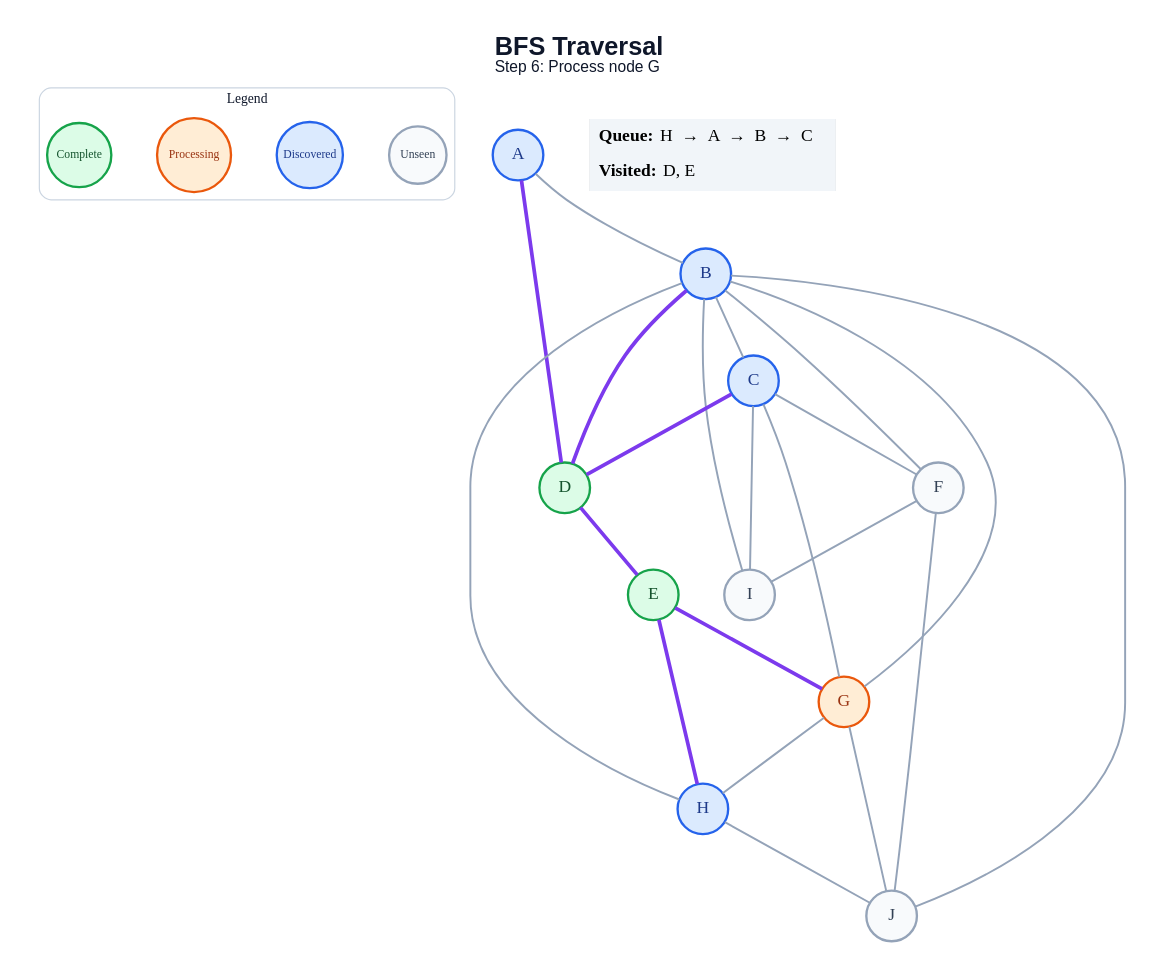
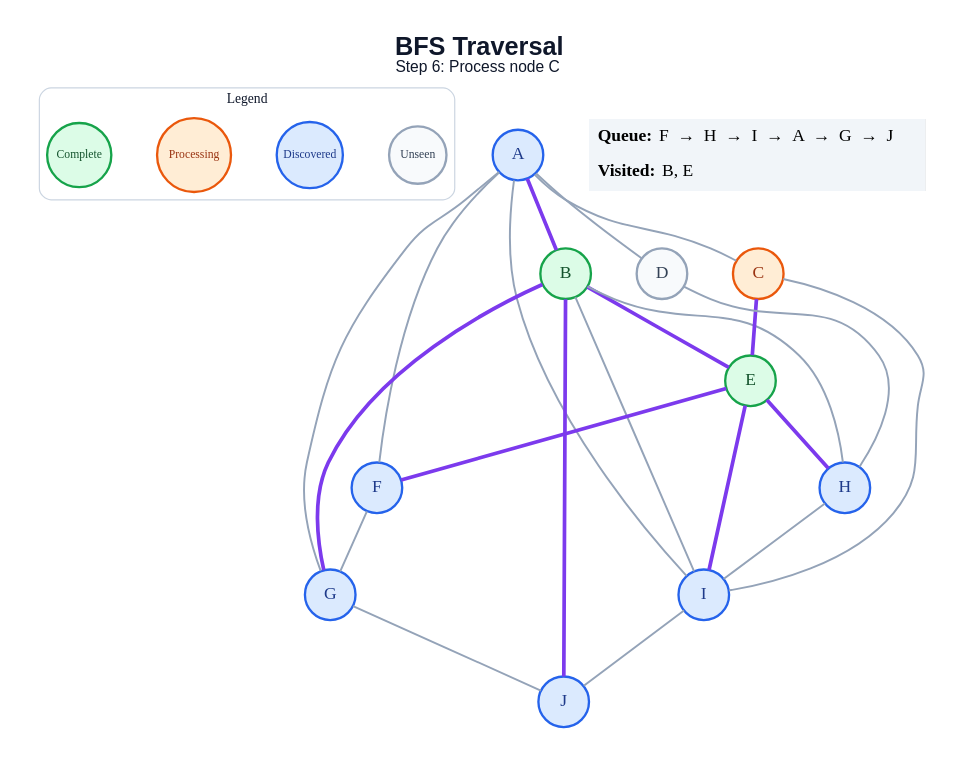
One commit to amanghodawala9/ai-slop changed the diagram in generated/specific-node/bfs/step_06.dot. Above: the diagram before and after it, drawn with Graphviz. The commit also changed 178 other files, not shown here.

```diff
--- a/generated/specific-node/bfs/step_06.dot
+++ b/generated/specific-node/bfs/step_06.dot
@@ -1,50 +1,50 @@
 graph traversal {
   graph [layout=dot, rankdir=TB, bgcolor="#FFFFFF", pad="0.35", nodesep="0.65", ranksep="0.8", fontname="Arial"];
   node [shape=circle, style="filled", fontname="Arial Bold", fontsize=18, width=0.72, fixedsize=true, penwidth=2.4];
   edge [color="#94A3B8", penwidth=2.0];
-  label=<<B>BFS Traversal</B><BR/><FONT POINT-SIZE="16">Step 6: Process node G</FONT>>; labelloc="t"; fontsize=26; fontname="Arial"; fontcolor="#0F172A";
+  label=<<B>BFS Traversal</B><BR/><FONT POINT-SIZE="16">Step 6: Process node C</FONT>>; labelloc="t"; fontsize=26; fontname="Arial"; fontcolor="#0F172A";
   subgraph cluster_legend { label="Legend"; color="#CBD5E1"; penwidth=1.2; style="rounded"; fontsize=14; fontname="Arial Bold";
     key_unseen [label="Unseen", fillcolor="#F8FAFC", color="#94A3B8", fontcolor="#334155", fontsize=12, width=0.82];
     key_frontier [label="Discovered", fillcolor="#DBEAFE", color="#2563EB", fontcolor="#1E3A8A", fontsize=12, width=0.95];
     key_current [label="Processing", fillcolor="#FFEDD5", color="#EA580C", fontcolor="#9A3412", fontsize=12, width=1.05];
     key_done [label="Complete", fillcolor="#DCFCE7", color="#16A34A", fontcolor="#14532D", fontsize=12, width=0.92];
     { rank=same; key_unseen; key_frontier; key_current; key_done; }
   }
   A [fillcolor="#DBEAFE", color="#2563EB", fontcolor="#1E3A8A"];
-  B [fillcolor="#DBEAFE", color="#2563EB", fontcolor="#1E3A8A"];
-  C [fillcolor="#DBEAFE", color="#2563EB", fontcolor="#1E3A8A"];
-  D [fillcolor="#DCFCE7", color="#16A34A", fontcolor="#14532D"];
+  B [fillcolor="#DCFCE7", color="#16A34A", fontcolor="#14532D"];
+  C [fillcolor="#FFEDD5", color="#EA580C", fontcolor="#9A3412"];
+  D [fillcolor="#F8FAFC", color="#94A3B8", fontcolor="#334155"];
   E [fillcolor="#DCFCE7", color="#16A34A", fontcolor="#14532D"];
-  F [fillcolor="#F8FAFC", color="#94A3B8", fontcolor="#334155"];
-  G [fillcolor="#FFEDD5", color="#EA580C", fontcolor="#9A3412"];
+  F [fillcolor="#DBEAFE", color="#2563EB", fontcolor="#1E3A8A"];
+  G [fillcolor="#DBEAFE", color="#2563EB", fontcolor="#1E3A8A"];
   H [fillcolor="#DBEAFE", color="#2563EB", fontcolor="#1E3A8A"];
-  I [fillcolor="#F8FAFC", color="#94A3B8", fontcolor="#334155"];
-  J [fillcolor="#F8FAFC", color="#94A3B8", fontcolor="#334155"];
-  A -- B;
-  A -- D [color="#7C3AED", penwidth=3.8];
-  B -- C;
-  B -- D [color="#7C3AED", penwidth=3.8];
-  B -- F;
-  B -- G;
+  I [fillcolor="#DBEAFE", color="#2563EB", fontcolor="#1E3A8A"];
+  J [fillcolor="#DBEAFE", color="#2563EB", fontcolor="#1E3A8A"];
+  A -- B [color="#7C3AED", penwidth=3.8];
+  A -- C;
+  A -- D;
+  A -- F;
+  A -- G;
+  A -- I;
+  B -- E [color="#7C3AED", penwidth=3.8];
+  B -- G [color="#7C3AED", penwidth=3.8];
   B -- H;
   B -- I;
-  B -- J;
-  C -- D [color="#7C3AED", penwidth=3.8];
-  C -- F;
-  C -- G;
+  B -- J [color="#7C3AED", penwidth=3.8];
+  C -- E [color="#7C3AED", penwidth=3.8];
   C -- I;
-  D -- E [color="#7C3AED", penwidth=3.8];
-  E -- G [color="#7C3AED", penwidth=3.8];
+  D -- H;
+  E -- F [color="#7C3AED", penwidth=3.8];
   E -- H [color="#7C3AED", penwidth=3.8];
-  F -- I;
-  F -- J;
-  G -- H;
+  E -- I [color="#7C3AED", penwidth=3.8];
+  F -- G;
   G -- J;
-  H -- J;
+  H -- I;
+  I -- J;
   status [shape=plain, fixedsize=false, width=0, height=0, margin=0, label=<
     <TABLE BORDER="0" CELLBORDER="0" CELLPADDING="7" BGCOLOR="#F1F5F9">
-      <TR><TD ALIGN="LEFT"><B>Queue:</B> H  →  A  →  B  →  C</TD></TR>
-      <TR><TD ALIGN="LEFT"><B>Visited:</B> D, E</TD></TR>
+      <TR><TD ALIGN="LEFT"><B>Queue:</B> F  →  H  →  I  →  A  →  G  →  J</TD></TR>
+      <TR><TD ALIGN="LEFT"><B>Visited:</B> B, E</TD></TR>
     </TABLE>
   >];
 }
```
